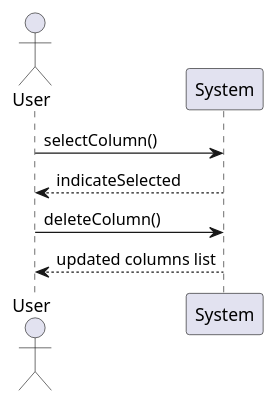
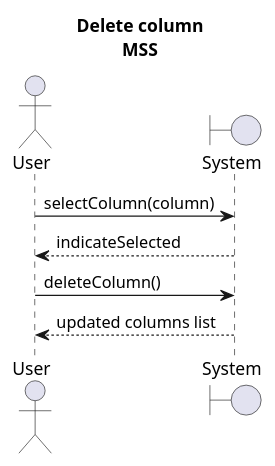
One commit to Bhamoss/softwareOntwerpProject changed the diagram in diagrams/systemSequenceDiagram/deleteColumn.puml. Above: the diagram before and after it, drawn with PlantUML. The commit also changed 12 other files, not shown here.

```diff
--- a/diagrams/systemSequenceDiagram/deleteColumn.puml
+++ b/diagrams/systemSequenceDiagram/deleteColumn.puml
@@ -1,9 +1,11 @@
 @startuml
+title Delete column\nMSS
 Actor User
-User -> System: selectColumn()
+Boundary System
+User -> System: selectColumn(column)
 System --> User: indicateSelected
 User -> System: deleteColumn()
 System --> User: updated columns list
 
 
 @enduml
```
